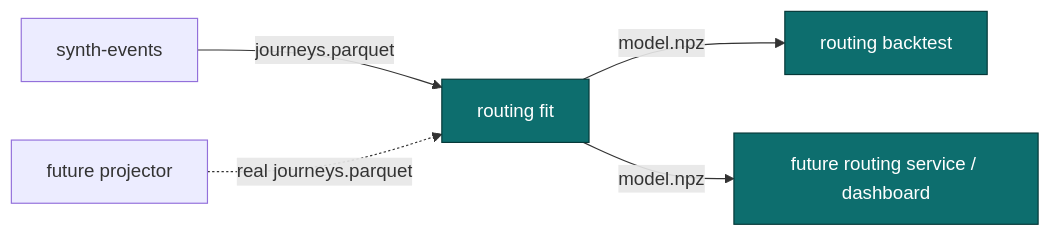
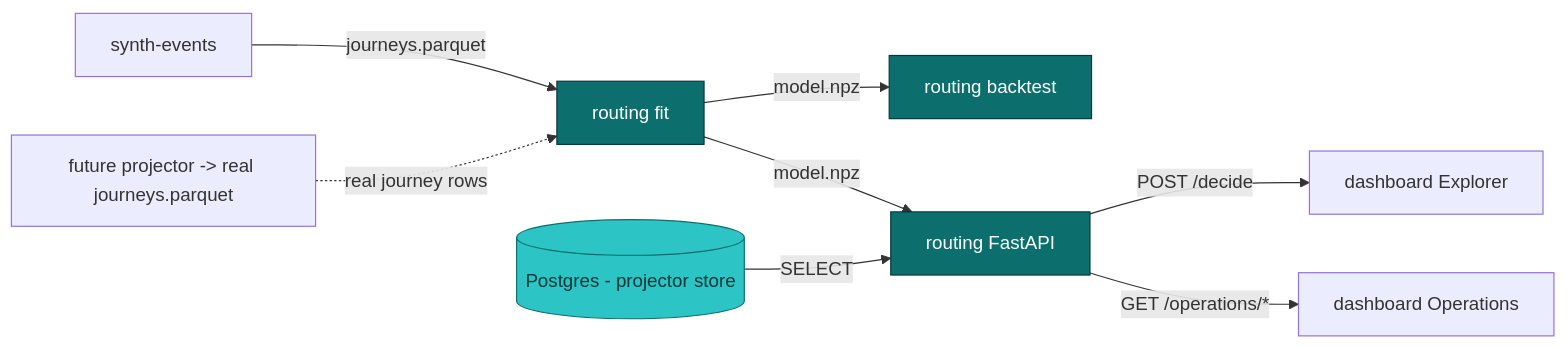
The diagram in ui/docs/docs/services/routing.md (caverac/instrument-sterilization-logistics), drawn with Mermaid before and after one commit. The commit also changed other lines of this file and 4 other files, not shown here.

````diff
--- a/ui/docs/docs/services/routing.md
+++ b/ui/docs/docs/services/routing.md
@@ -235,10 +235,15 @@
 ```mermaid
 flowchart LR
     SE[synth-events] -->|journeys.parquet| RF[routing fit]
     RF -->|model.npz| RB[routing backtest]
-    RF -->|model.npz| API[future routing service / dashboard]
-    P[future projector] -.->|real journeys.parquet| RF
+    RF -->|model.npz| API[routing FastAPI]
+    API -->|POST /decide| UIE[dashboard Explorer]
+    PG[(Postgres - projector store)] -->|SELECT| API
+    API -->|GET /operations/*| UIO[dashboard Operations]
+    PJ[future projector -> real journeys.parquet] -.->|real journey rows| RF
 
     classDef devtool fill:#0d6e6e,stroke:#053838,color:#fff
+    classDef store fill:#2cc4c4,stroke:#0d6e6e,color:#053838
     class RF,RB,API devtool
+    class PG store
 ```
````
